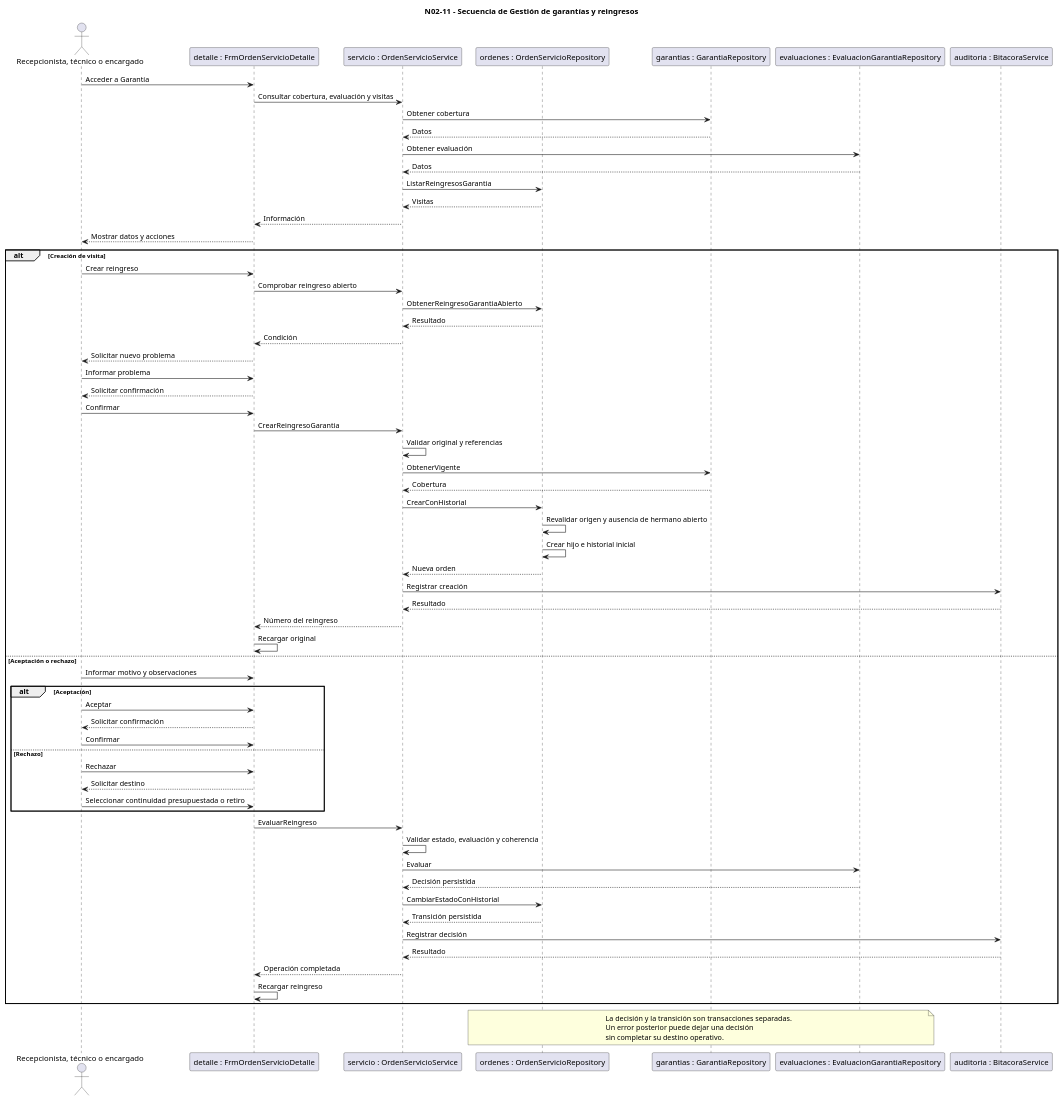
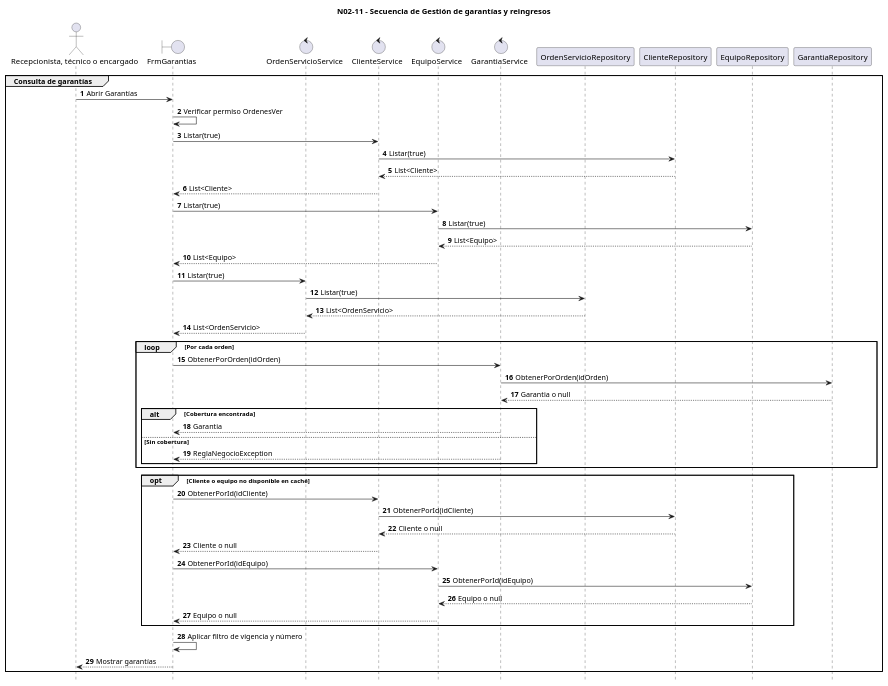
One commit to alejoDiDiego/trabajo-diploma-servicio-tecnico changed the diagram in diagrams/N/N11-gestionar-garantias-y-reingresos/N02-secuencia.puml. Above: the diagram before and after it, drawn with PlantUML. The commit also changed 156 other files, not shown here.

Commit message:
feat: completar tercera entrega con backups, ayuda y diagramas

```diff
--- a/diagrams/N/N11-gestionar-garantias-y-reingresos/N02-secuencia.puml
+++ b/diagrams/N/N11-gestionar-garantias-y-reingresos/N02-secuencia.puml
@@ -1,77 +1,53 @@
 @startuml
 title N02-11 - Secuencia de Gestión de garantías y reingresos
-
+autonumber
+hide footbox
 actor "Recepcionista, técnico o encargado" as Operador
-participant "detalle : FrmOrdenServicioDetalle" as Detalle
-participant "servicio : OrdenServicioService" as Servicio
-participant "ordenes : OrdenServicioRepository" as Ordenes
-participant "garantias : GarantiaRepository" as Garantias
-participant "evaluaciones : EvaluacionGarantiaRepository" as Evaluaciones
-participant "auditoria : BitacoraService" as Auditoria
-
-Operador -> Detalle : Acceder a Garantía
-Detalle -> Servicio : Consultar cobertura, evaluación y visitas
-Servicio -> Garantias : Obtener cobertura
-Garantias --> Servicio : Datos
-Servicio -> Evaluaciones : Obtener evaluación
-Evaluaciones --> Servicio : Datos
-Servicio -> Ordenes : ListarReingresosGarantia
-Ordenes --> Servicio : Visitas
-Servicio --> Detalle : Información
-Detalle --> Operador : Mostrar datos y acciones
-
-alt Creación de visita
-    Operador -> Detalle : Crear reingreso
-    Detalle -> Servicio : Comprobar reingreso abierto
-    Servicio -> Ordenes : ObtenerReingresoGarantiaAbierto
-    Ordenes --> Servicio : Resultado
-    Servicio --> Detalle : Condición
-    Detalle --> Operador : Solicitar nuevo problema
-    Operador -> Detalle : Informar problema
-    Detalle --> Operador : Solicitar confirmación
-    Operador -> Detalle : Confirmar
-    Detalle -> Servicio : CrearReingresoGarantia
-    Servicio -> Servicio : Validar original y referencias
-    Servicio -> Garantias : ObtenerVigente
-    Garantias --> Servicio : Cobertura
-    Servicio -> Ordenes : CrearConHistorial
-    Ordenes -> Ordenes : Revalidar origen y ausencia de hermano abierto
-    Ordenes -> Ordenes : Crear hijo e historial inicial
-    Ordenes --> Servicio : Nueva orden
-    Servicio -> Auditoria : Registrar creación
-    Auditoria --> Servicio : Resultado
-    Servicio --> Detalle : Número del reingreso
-    Detalle -> Detalle : Recargar original
-
-else Aceptación o rechazo
-    Operador -> Detalle : Informar motivo y observaciones
-
-    alt Aceptación
-        Operador -> Detalle : Aceptar
-        Detalle --> Operador : Solicitar confirmación
-        Operador -> Detalle : Confirmar
-    else Rechazo
-        Operador -> Detalle : Rechazar
-        Detalle --> Operador : Solicitar destino
-        Operador -> Detalle : Seleccionar continuidad presupuestada o retiro
+boundary FrmGarantias as Lista
+control OrdenServicioService
+control ClienteService
+control EquipoService
+control GarantiaService
+participant OrdenServicioRepository
+participant ClienteRepository
+participant EquipoRepository
+participant GarantiaRepository
+group Consulta de garantías
+    Operador -> Lista : Abrir Garantías
+    Lista -> Lista : Verificar permiso OrdenesVer
+    Lista -> ClienteService : Listar(true)
+    ClienteService -> ClienteRepository : Listar(true)
+    ClienteRepository --> ClienteService : List<Cliente>
+    ClienteService --> Lista : List<Cliente>
+    Lista -> EquipoService : Listar(true)
+    EquipoService -> EquipoRepository : Listar(true)
+    EquipoRepository --> EquipoService : List<Equipo>
+    EquipoService --> Lista : List<Equipo>
+    Lista -> OrdenServicioService : Listar(true)
+    OrdenServicioService -> OrdenServicioRepository : Listar(true)
+    OrdenServicioRepository --> OrdenServicioService : List<OrdenServicio>
+    OrdenServicioService --> Lista : List<OrdenServicio>
+    loop Por cada orden
+        Lista -> GarantiaService : ObtenerPorOrden(idOrden)
+        GarantiaService -> GarantiaRepository : ObtenerPorOrden(idOrden)
+        GarantiaRepository --> GarantiaService : Garantia o null
+        alt Cobertura encontrada
+            GarantiaService --> Lista : Garantia
+        else Sin cobertura
+            GarantiaService --> Lista : ReglaNegocioException
+        end
     end
-
-    Detalle -> Servicio : EvaluarReingreso
-    Servicio -> Servicio : Validar estado, evaluación y coherencia
-    Servicio -> Evaluaciones : Evaluar
-    Evaluaciones --> Servicio : Decisión persistida
-    Servicio -> Ordenes : CambiarEstadoConHistorial
-    Ordenes --> Servicio : Transición persistida
-    Servicio -> Auditoria : Registrar decisión
-    Auditoria --> Servicio : Resultado
-    Servicio --> Detalle : Operación completada
-    Detalle -> Detalle : Recargar reingreso
+    opt Cliente o equipo no disponible en caché
+        Lista -> ClienteService : ObtenerPorId(idCliente)
+        ClienteService -> ClienteRepository : ObtenerPorId(idCliente)
+        ClienteRepository --> ClienteService : Cliente o null
+        ClienteService --> Lista : Cliente o null
+        Lista -> EquipoService : ObtenerPorId(idEquipo)
+        EquipoService -> EquipoRepository : ObtenerPorId(idEquipo)
+        EquipoRepository --> EquipoService : Equipo o null
+        EquipoService --> Lista : Equipo o null
+    end
+    Lista -> Lista : Aplicar filtro de vigencia y número
+    Lista --> Operador : Mostrar garantías
 end
-
-note over Evaluaciones, Ordenes
-La decisión y la transición son transacciones separadas.
-Un error posterior puede dejar una decisión
-sin completar su destino operativo.
-end note
-
 @enduml
```
